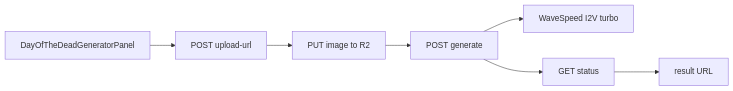
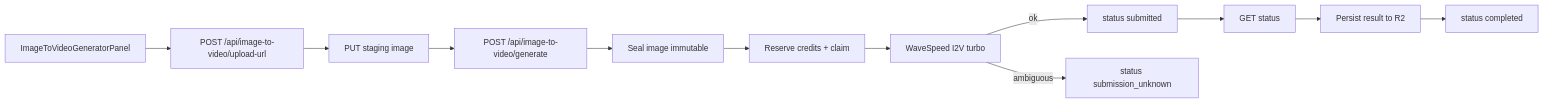
One commit to CoderLim/genjutsu-ai changed the second of 2 diagrams in docs/plans/2026-10-26-day-of-the-dead-ai-video.md. Above: the diagram before and after it, drawn with Mermaid. The commit also changed other lines of this file, not shown here.

First line of the commit message:
docs: revise DotD plan for generic image-to-video engine

````diff
--- a/docs/plans/2026-10-26-day-of-the-dead-ai-video.md
+++ b/docs/plans/2026-10-26-day-of-the-dead-ai-video.md
@@ -24,9 +52,14 @@
 ```mermaid
 flowchart LR
-  UI[DayOfTheDeadGeneratorPanel] --> Upload[POST upload-url]
-  Upload --> R2[PUT image to R2]
-  R2 --> Gen[POST generate]
-  Gen --> WS[WaveSpeed I2V turbo]
-  Gen --> Poll[GET status]
-  Poll --> Result[result URL]
+  UI[ImageToVideoGeneratorPanel] --> Upload[POST /api/image-to-video/upload-url]
+  Upload --> Staging[PUT staging image]
+  Staging --> Gen[POST /api/image-to-video/generate]
+  Gen --> Seal[Seal image immutable]
+  Seal --> Reserve[Reserve credits + claim]
+  Reserve --> WS[WaveSpeed I2V turbo]
+  WS -->|ok| Submitted[status submitted]
+  WS -->|ambiguous| Unknown[status submission_unknown]
+  Submitted --> Poll[GET status]
+  Poll --> SaveR2[Persist result to R2]
+  SaveR2 --> Done[status completed]
 ```
````
